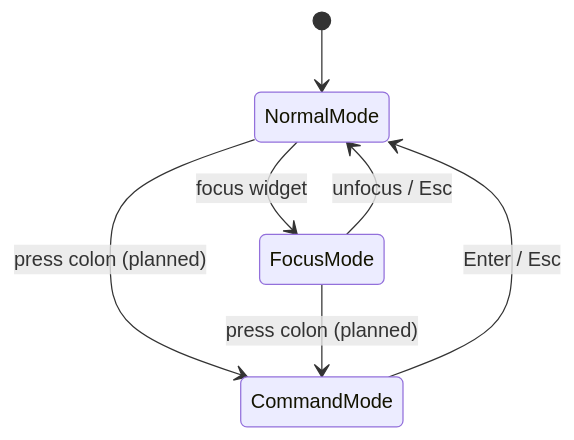
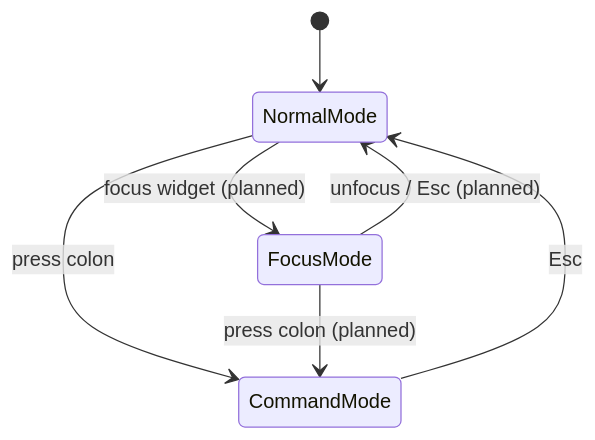
Before and after one commit to yairgd/gdbforge: the diagram in docs/diagrams/input_modes.mermaid, drawn with Mermaid. The commit also changed 18 other files, not shown here.

```diff
--- a/docs/diagrams/input_modes.mermaid
+++ b/docs/diagrams/input_modes.mermaid
@@ -1,7 +1,7 @@
 stateDiagram-v2
     [*] --> NormalMode
-    NormalMode --> FocusMode : focus widget
-    FocusMode --> NormalMode : unfocus / Esc
-    NormalMode --> CommandMode : press colon (planned)
-    CommandMode --> NormalMode : Enter / Esc
+    NormalMode --> FocusMode : focus widget (planned)
+    FocusMode --> NormalMode : unfocus / Esc (planned)
+    NormalMode --> CommandMode : press colon
+    CommandMode --> NormalMode : Esc
     FocusMode --> CommandMode : press colon (planned)
```
